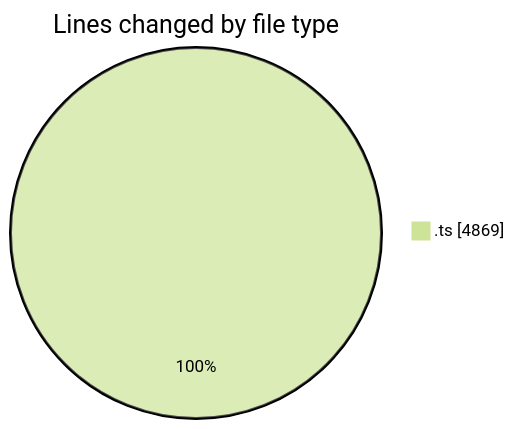
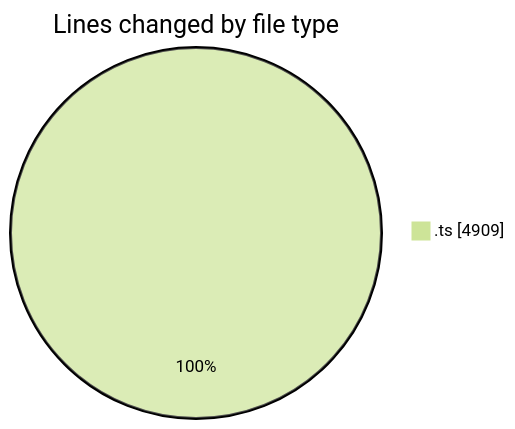
The first of 2 diagrams in 2025-09-12/cda/README.md (momahboobian/code-tracking), drawn with Mermaid (forest theme) before and after one commit. The commit also changed other lines of this file and 1 other file, not shown here.

````diff
--- a/2025-09-12/cda/README.md
+++ b/2025-09-12/cda/README.md
@@ -24,5 +24,5 @@
 ```mermaid
 pie showData
 title Lines changed by file type
-".ts" : 4869
+".ts" : 4909
 ```
````
